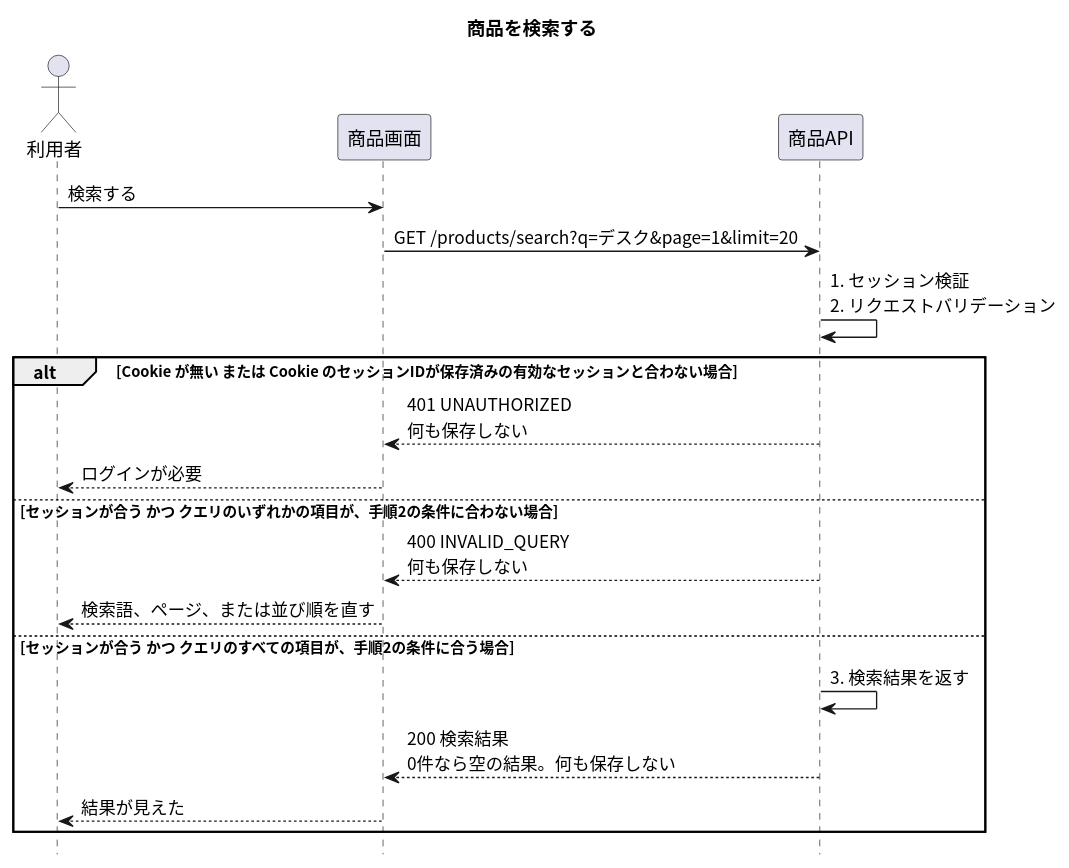
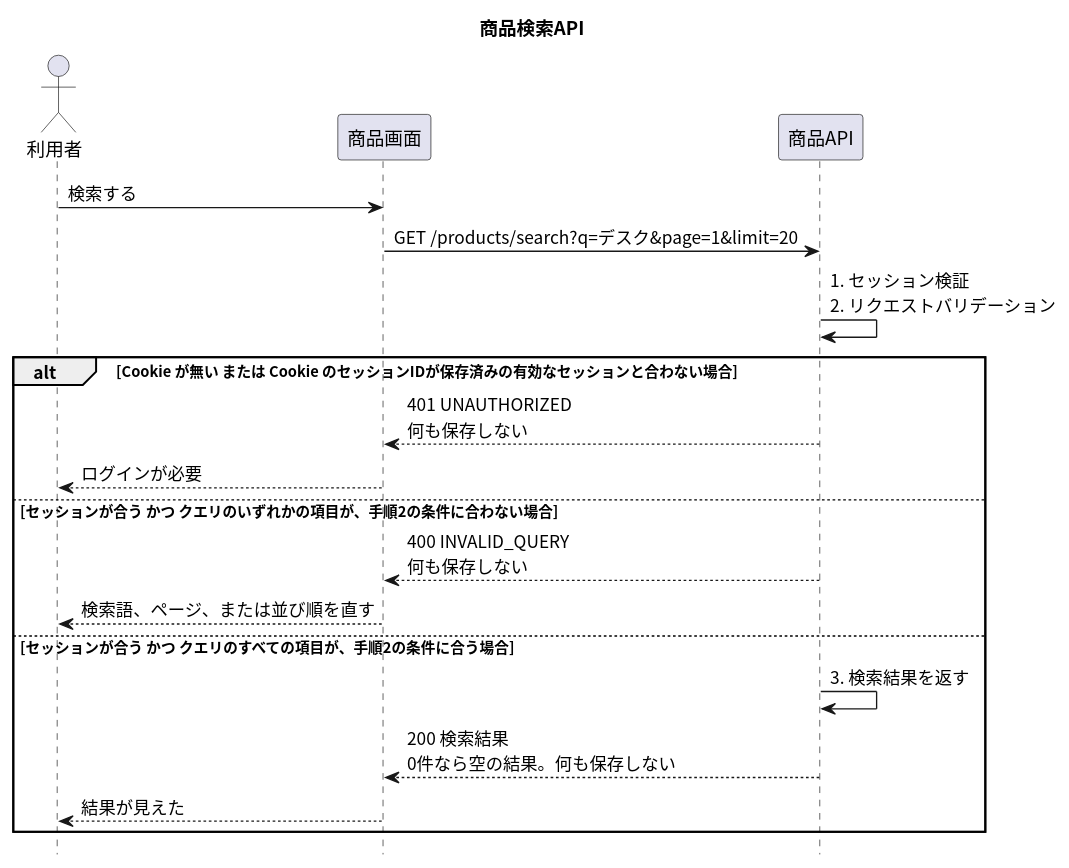
Before and after one commit to masamasamasato/design-doc-template: the diagram in apis/search-products/入口.puml, drawn with PlantUML. The commit also changed 95 other files, not shown here.

```diff
--- a/apis/search-products/入口.puml
+++ b/apis/search-products/入口.puml
@@ -1,28 +1,28 @@
 @startuml
 skinparam shadowing false
 skinparam defaultFontName "Noto Sans CJK JP"
 skinparam SequenceFontName "Noto Sans CJK JP"
 skinparam NoteBackgroundColor #FFFFCC
 hide footbox
 
-title 商品を検索する
+title 商品検索API
 
 actor "利用者" as User
 participant "商品画面" as Screen
 participant "商品API" as API
 
 User -> Screen : 検索する
 Screen -> API : GET /products/search?q=デスク&page=1&limit=20
 API -> API : 1. セッション検証\n2. リクエストバリデーション
 alt Cookie が無い または Cookie のセッションIDが保存済みの有効なセッションと合わない場合
   API --> Screen : 401 UNAUTHORIZED\n何も保存しない
   Screen --> User : ログインが必要
 else セッションが合う かつ クエリのいずれかの項目が、手順2の条件に合わない場合
   API --> Screen : 400 INVALID_QUERY\n何も保存しない
   Screen --> User : 検索語、ページ、または並び順を直す
 else セッションが合う かつ クエリのすべての項目が、手順2の条件に合う場合
   API -> API : 3. 検索結果を返す
   API --> Screen : 200 検索結果\n0件なら空の結果。何も保存しない
   Screen --> User : 結果が見えた
 end
 @enduml
```
